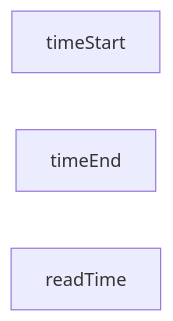
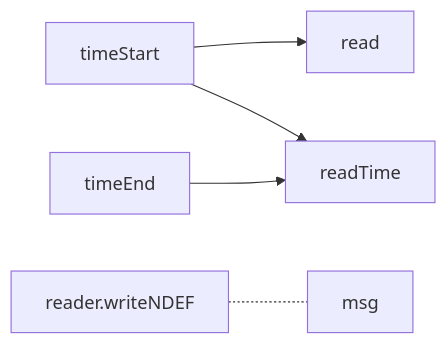
One commit to gordianknotC/nxp_note changed the fifth of 5 diagrams in nxp/Demo.md. Above: the diagram before and after it, drawn with Mermaid. The commit also changed other lines of this file, not shown here.

Commit message:
nxp/Demo.md updated from https://stackedit.io/

````diff
--- a/nxp/Demo.md
+++ b/nxp/Demo.md
@@ -162,7 +162,11 @@
 ```mermaid
 graph LR
 timeStart
+timeStart --> read
+reader.writeNDEF -.- msg
 timeEnd
-readTime
+timeStart --> readTime
+timeEnd --> readTime
+
 
 ```
````
